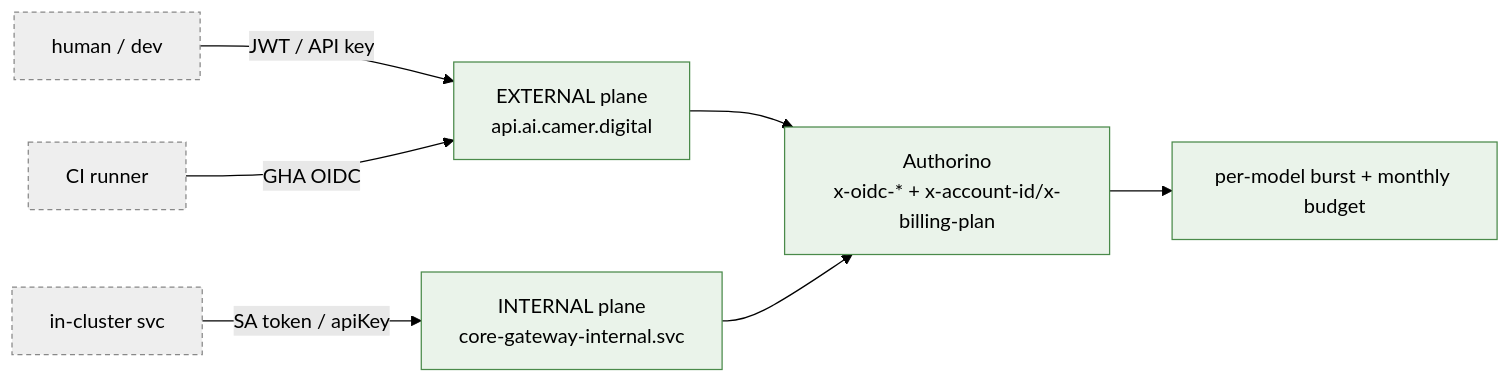
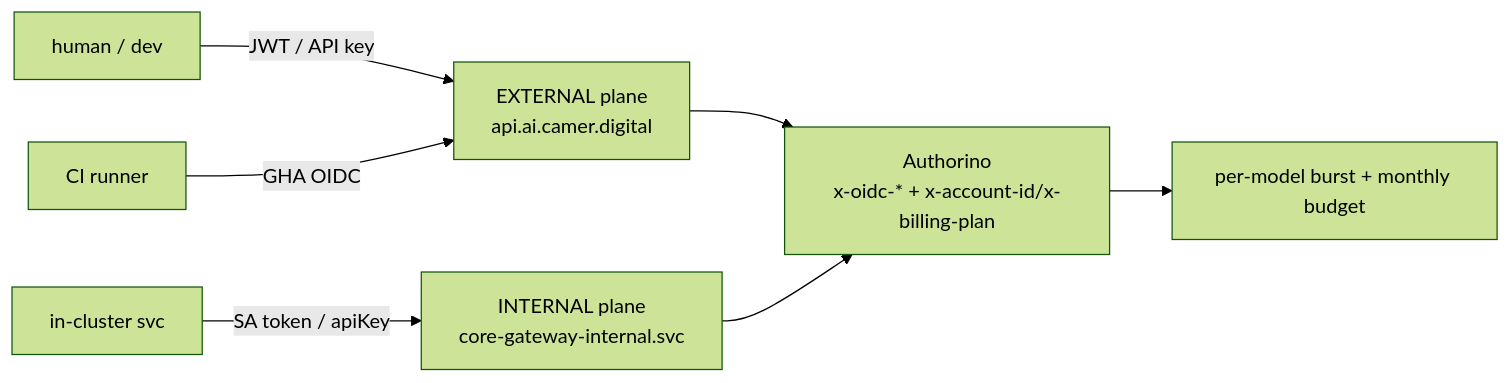
Before and after one commit to ADORSYS-GIS/ai-helm: the fifth of 7 diagrams in docs/architecture.md, drawn with Mermaid (forest theme). The commit also changed other lines of this file and 13 other files, not shown here.

First line of the commit message:
docs(architecture): uncolor all mermaid; refresh CD/components; add diagrams

````diff
--- a/docs/architecture.md
+++ b/docs/architecture.md
@@ -114,11 +128,9 @@
 ```mermaid
 flowchart LR
-    H["human / dev"]:::ext -->|JWT / API key| EXT["EXTERNAL plane<br/>api.ai.camer.digital"]:::own
-    CI["CI runner"]:::ext -->|GHA OIDC| EXT
-    SVC["in-cluster svc"]:::ext -->|SA token / apiKey| INT["INTERNAL plane<br/>core-gateway-internal.svc"]:::own
-    EXT --> A["Authorino<br/>x-oidc-* + x-account-id/x-billing-plan"]:::own
+    H["human / dev"] -->|JWT / API key| EXT["EXTERNAL plane<br/>api.ai.camer.digital"]
+    CI["CI runner"] -->|GHA OIDC| EXT
+    SVC["in-cluster svc"] -->|SA token / apiKey| INT["INTERNAL plane<br/>core-gateway-internal.svc"]
+    EXT --> A["Authorino<br/>x-oidc-* + x-account-id/x-billing-plan"]
     INT --> A
-    A --> RL["per-model burst + monthly budget"]:::own
-    classDef own fill:#eaf3ea,stroke:#4a8a4a;
-    classDef ext fill:#eee,stroke:#888,stroke-dasharray:4 3;
+    A --> RL["per-model burst + monthly budget"]
 ```
````
